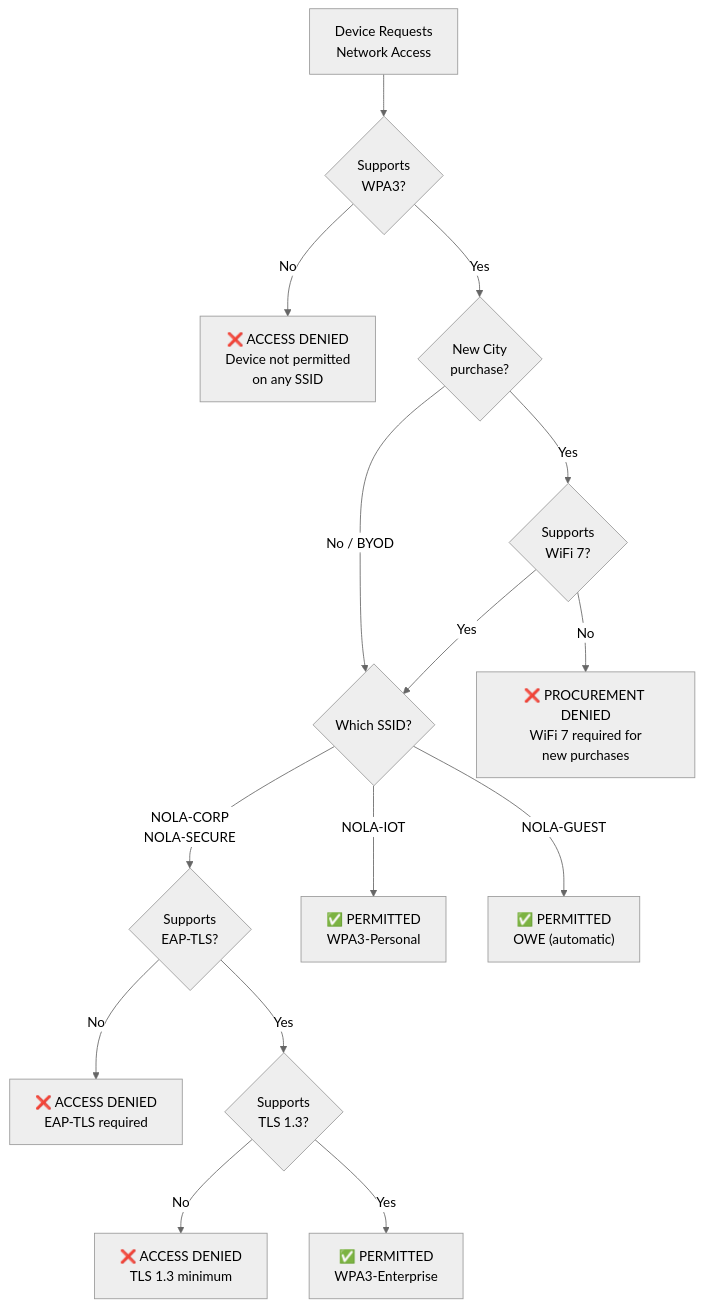
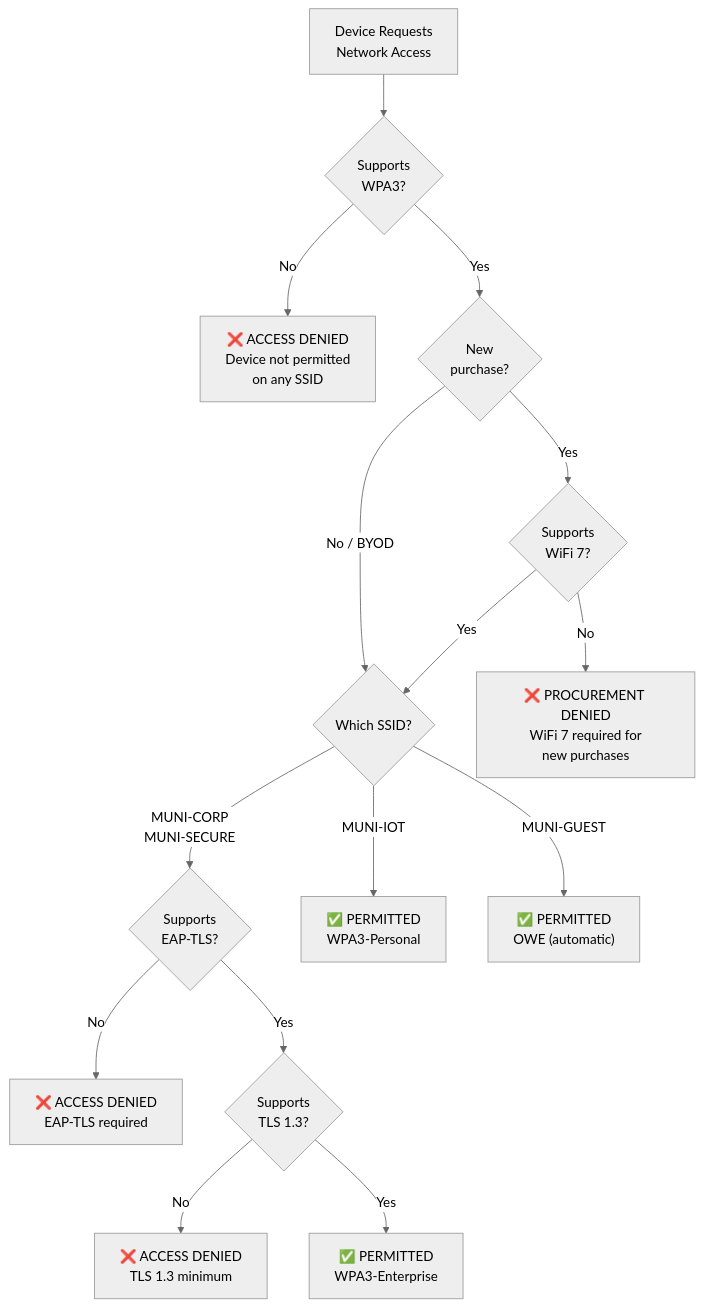
The first of 2 diagrams in docs/wifi/wireless-client-requirements.md (NewOrleansITI/networkstandards), drawn with Mermaid (neutral theme) before and after one commit. The commit also changed other lines of this file and 17 other files, not shown here.

````diff
--- a/docs/wifi/wireless-client-requirements.md
+++ b/docs/wifi/wireless-client-requirements.md
@@ -63,22 +63,22 @@
 ```mermaid
 flowchart TD
     START[Device Requests<br/>Network Access] --> Q1{Supports<br/>WPA3?}
     Q1 -->|No| DENY1["❌ ACCESS DENIED<br/>Device not permitted<br/>on any SSID"]
-    Q1 -->|Yes| Q2{New City<br/>purchase?}
+    Q1 -->|Yes| Q2{New<br/>purchase?}
 
     Q2 -->|Yes| Q3{Supports<br/>WiFi 7?}
     Q2 -->|No / BYOD| Q4{Which SSID?}
 
     Q3 -->|No| DENY2["❌ PROCUREMENT DENIED<br/>WiFi 7 required for<br/>new purchases"]
     Q3 -->|Yes| Q4
 
-    Q4 -->|NOLA-CORP<br/>NOLA-SECURE| Q5{Supports<br/>EAP-TLS?}
-    Q4 -->|NOLA-IOT| PERMIT_IOT["✅ PERMITTED<br/>WPA3-Personal"]
-    Q4 -->|NOLA-GUEST| PERMIT_GUEST["✅ PERMITTED<br/>OWE (automatic)"]
+    Q4 -->|MUNI-CORP<br/>MUNI-SECURE| Q5{Supports<br/>EAP-TLS?}
+    Q4 -->|MUNI-IOT| PERMIT_IOT["✅ PERMITTED<br/>WPA3-Personal"]
+    Q4 -->|MUNI-GUEST| PERMIT_GUEST["✅ PERMITTED<br/>OWE (automatic)"]
 
     Q5 -->|No| DENY3["❌ ACCESS DENIED<br/>EAP-TLS required"]
     Q5 -->|Yes| Q6{Supports<br/>TLS 1.3?}
 
     Q6 -->|No| DENY4["❌ ACCESS DENIED<br/>TLS 1.3 minimum"]
     Q6 -->|Yes| PERMIT_CORP["✅ PERMITTED<br/>WPA3-Enterprise"]
 ```
````
